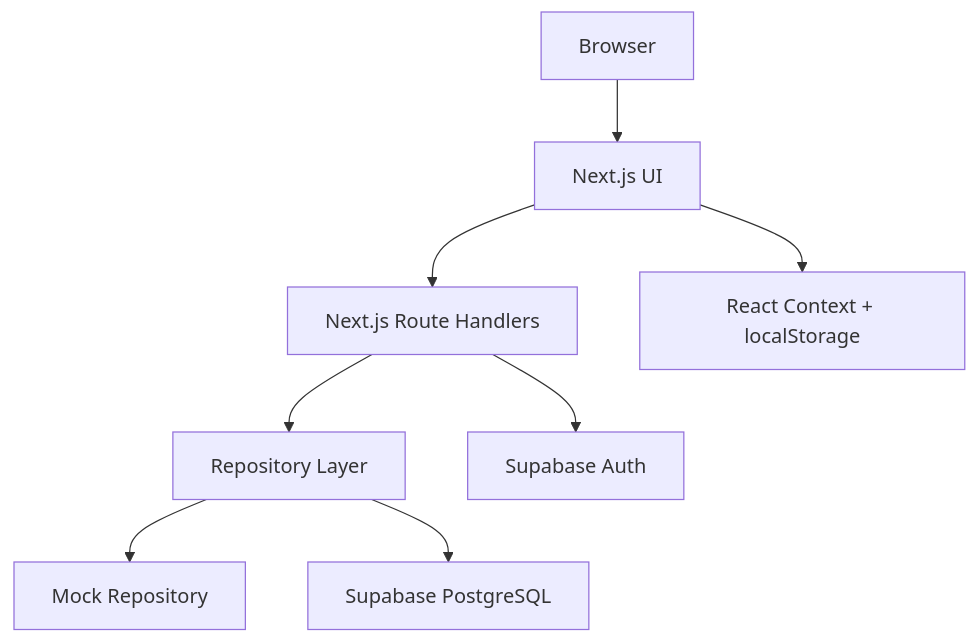
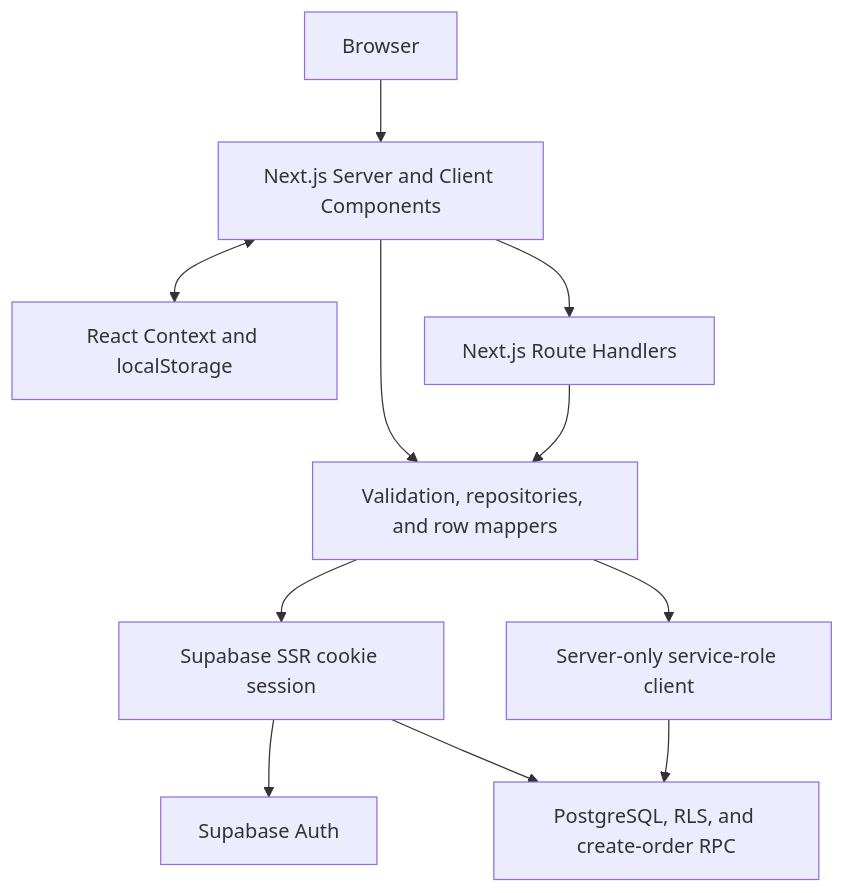
One commit to NVTruong473/caseflow-store changed the second of 2 diagrams in caseflow-store/docs/architecture.md. Above: the diagram before and after it, drawn with Mermaid. The commit also changed other lines of this file and 47 other files, not shown here.

````diff
--- a/caseflow-store/docs/architecture.md
+++ b/caseflow-store/docs/architecture.md
@@ -33,19 +31,23 @@
 ```mermaid
 flowchart TB
   Browser["Browser"]
-  UI["Next.js UI"]
-  API["Next.js Route Handlers"]
-  Cart["React Context + localStorage"]
-  Repo["Repository Layer"]
-  Mock["Mock Repository"]
-  DB["Supabase PostgreSQL"]
+  UI["Next.js Server and Client Components"]
+  Cart["React Context and localStorage"]
+  Routes["Next.js Route Handlers"]
+  Domain["Validation, repositories, and row mappers"]
+  Session["Supabase SSR cookie session"]
+  Service["Server-only service-role client"]
+  DB["PostgreSQL, RLS, and create-order RPC"]
   Auth["Supabase Auth"]
 
   Browser --> UI
-  UI --> Cart
-  UI --> API
-  API --> Repo
-  Repo --> Mock
-  Repo --> DB
-  API --> Auth
+  UI <--> Cart
+  UI --> Routes
+  UI --> Domain
+  Routes --> Domain
+  Domain --> Session
+  Domain --> Service
+  Session --> Auth
+  Session --> DB
+  Service --> DB
 ```
````
